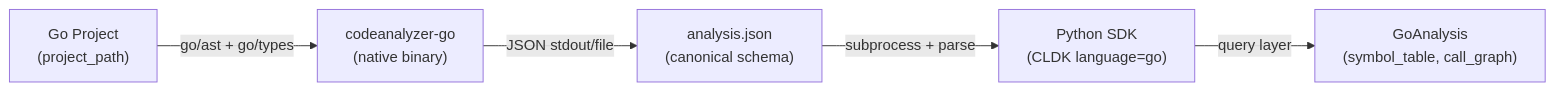
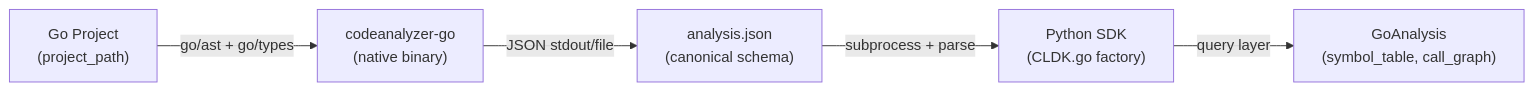
Before and after one commit to codellm-devkit/docs: the diagram in src/content/docs/contributing/add-language-backend.mdx, drawn with Mermaid. The commit also changed other lines of this file and 19 other files, not shown here.

````diff
--- a/src/content/docs/contributing/add-language-backend.mdx
+++ b/src/content/docs/contributing/add-language-backend.mdx
@@ -18,13 +18,13 @@
 ```mermaid
 graph LR
     A["Go Project<br/>(project_path)"]
     B["codeanalyzer-go<br/>(native binary)"]
     C["analysis.json<br/>(canonical schema)"]
-    D["Python SDK<br/>(CLDK language=go)"]
+    D["Python SDK<br/>(CLDK.go factory)"]
     E["GoAnalysis<br/>(symbol_table, call_graph)"]
     
     A -->|"go/ast + go/types"| B
     B -->|"JSON stdout/file"| C
     C -->|"subprocess + parse"| D
     D -->|"query layer"| E
 ```
````
